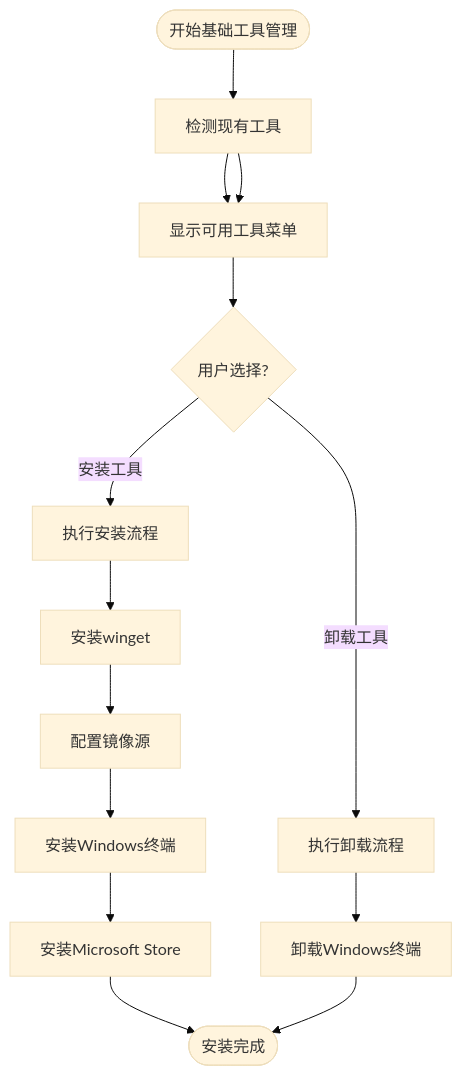
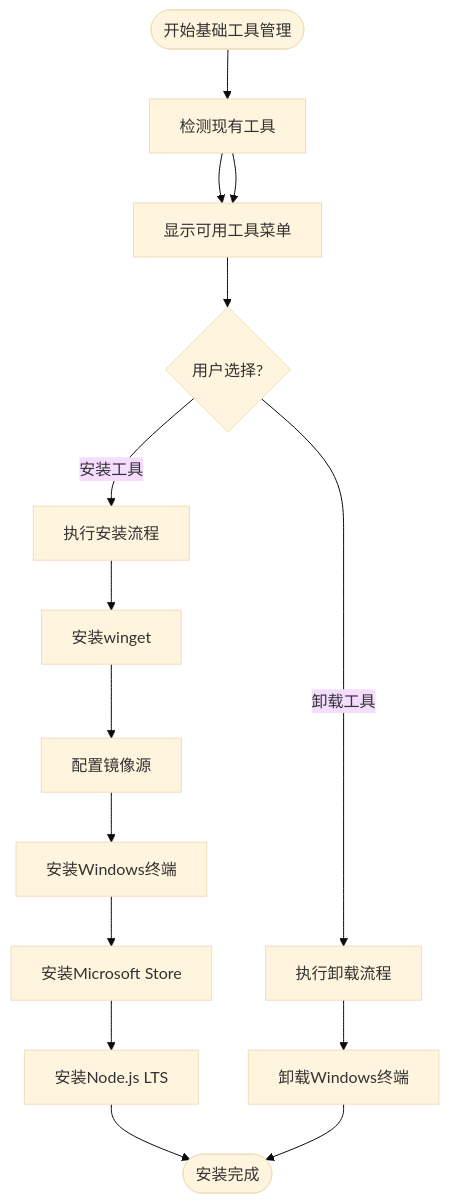
One commit to tea4go/Macro-Deck-Client-App changed the fifth of 8 diagrams in .qoder/repowiki/zh/content/构建与部署/Windows PowerShell自动化.md. Above: the diagram before and after it, drawn with Mermaid (base theme). The commit also changed other lines of this file and 15 other files, not shown here.

````diff
--- a/.qoder/repowiki/zh/content/构建与部署/Windows PowerShell自动化.md
+++ b/.qoder/repowiki/zh/content/构建与部署/Windows PowerShell自动化.md
@@ -417,16 +378,17 @@
 ```mermaid
 flowchart TD
 Start([开始基础工具管理]) --> CheckTools[检测现有工具]
 CheckTools --> ShowMenu[显示可用工具菜单]
 ShowMenu --> SelectTools{用户选择?}
 SelectTools --> |安装工具| InstallProcess[执行安装流程]
 SelectTools --> |卸载工具| UninstallProcess[执行卸载流程]
 InstallProcess --> InstallWinget[安装winget]
 InstallWinget --> ConfigureMirror[配置镜像源]
 ConfigureMirror --> InstallTerminal[安装Windows终端]
 InstallTerminal --> InstallStore[安装Microsoft Store]
-InstallStore --> Complete([安装完成])
+InstallStore --> InstallNode[安装Node.js LTS]
+InstallNode --> Complete([安装完成])
 UninstallProcess --> UninstallTerminal[卸载Windows终端]
 UninstallTerminal --> Complete
 CheckTools --> ShowMenu
 ```
````
